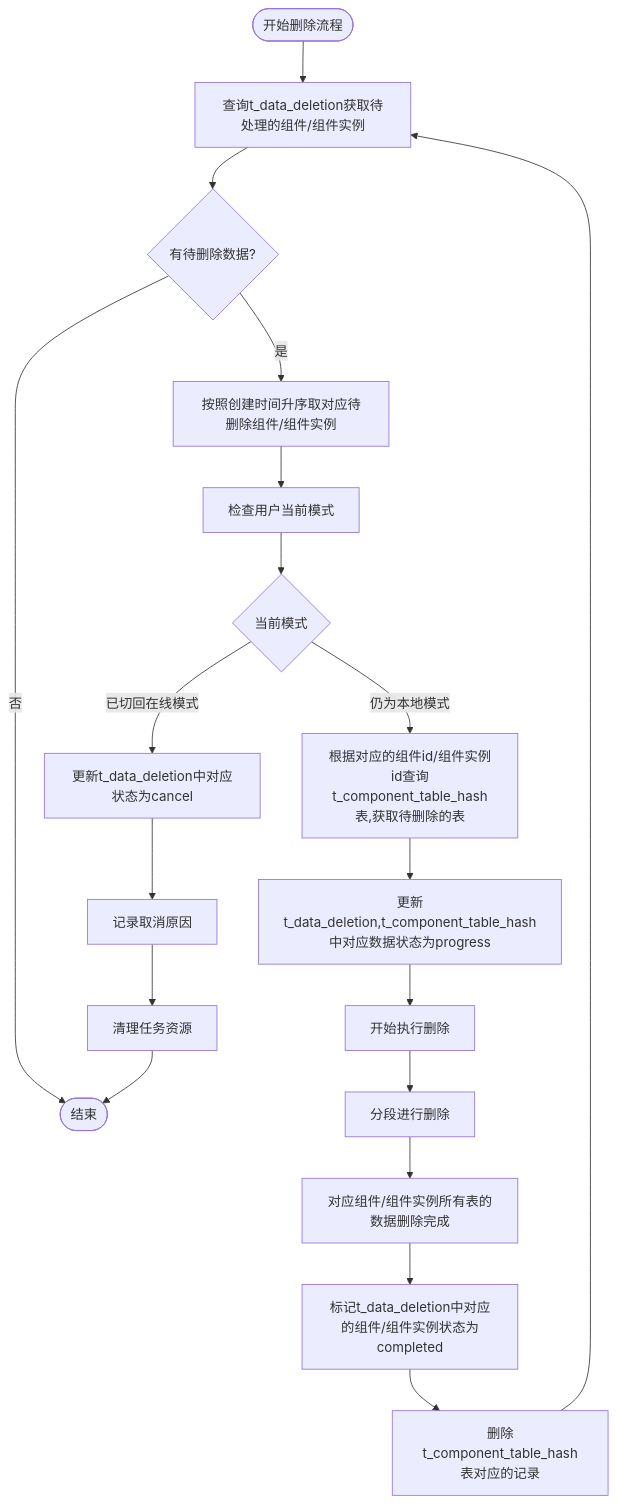
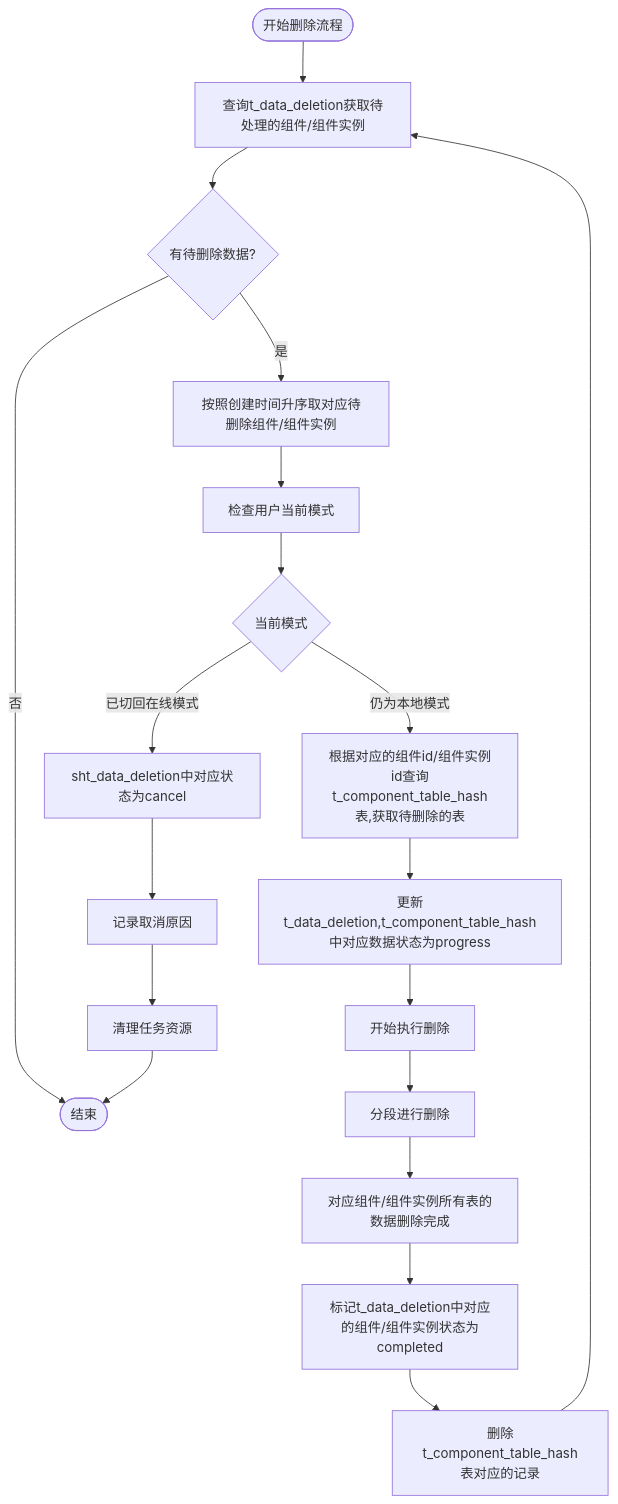
One commit to yingjianzh/iodraw-files changed the diagram in all/未命名-51.md. Above: the diagram before and after it, drawn with Mermaid.

Commit message:
2025-05-08 15:52:05 update

````diff
--- a/all/未命名-51.md
+++ b/all/未命名-51.md
@@ -1,30 +1,30 @@
 ```mermaid
 flowchart TD
     Start([开始删除流程]) --> FetchTasks[查询t_data_deletion获取待处理的组件/组件实例]
     FetchTasks --> HasTasks{有待删除数据?}
     
     HasTasks -->|否| End([结束])
     HasTasks -->|是| PrioritizeTasks[按照创建时间升序取对应待删除组件/组件实例]
     
     PrioritizeTasks --> CheckUserMode[检查用户当前模式]
     
     CheckUserMode --> CurrentMode{当前模式}
-    CurrentMode -->|已切回在线模式| TaskCancel[更新t_data_deletion中对应状态为cancel]
+    CurrentMode -->|已切回在线模式| TaskCancel[sht_data_deletion中对应状态为cancel]
     CurrentMode -->|仍为本地模式| LockTask[根据对应的组件id/组件实例id查询t_component_table_hash表,获取待删除的表]
     
     LockTask --> UpdateStatus[更新t_data_deletion,t_component_table_hash中对应数据状态为progress]
     UpdateStatus --> BeginDeletion[开始执行删除]
     
     BeginDeletion --> A[分段进行删除]
     
     A --> B[对应组件/组件实例所有表的数据删除完成]
     B --> MarkCompleted[标记t_data_deletion中对应的组件/组件实例状态为completed]
     
     MarkCompleted --> MarkHash[删除t_component_table_hash表对应的记录]
     
     TaskCancel --> LogCancellation[记录取消原因]
     LogCancellation --> CleanupTask[清理任务资源]
     
     MarkHash --> FetchTasks
     CleanupTask --> End
 ```
````
